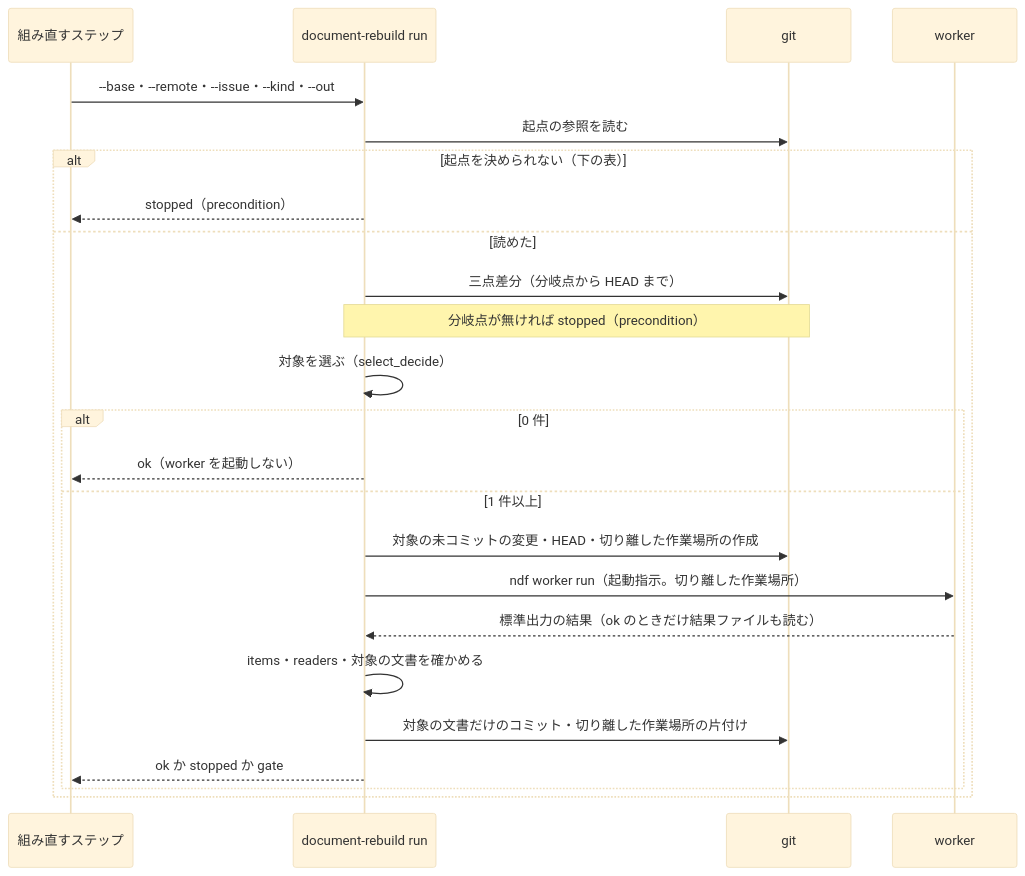
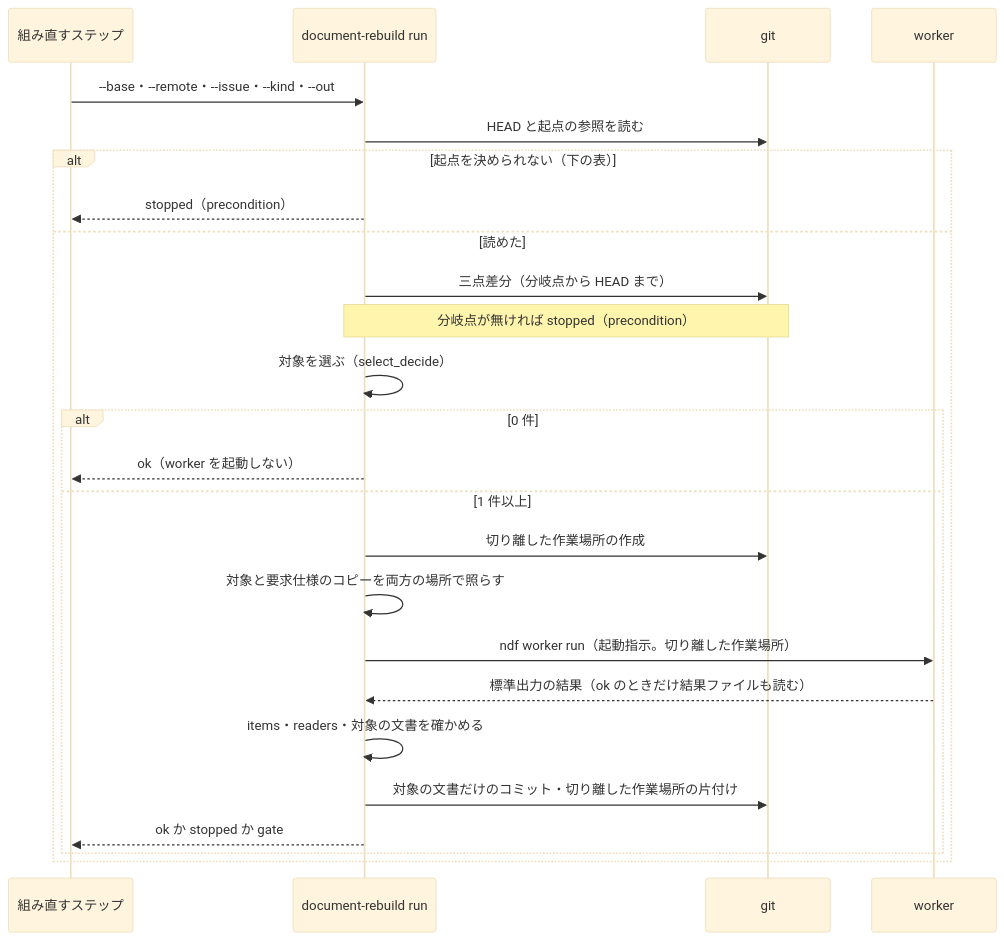
The fourth of 4 diagrams in issues/issue-4337-design.md (devbasex/ai-plugins), drawn with Mermaid (base theme) before and after one commit. The commit also changed other lines of this file, not shown here.

Commit message:
Docs: #4337 の設計で、確かめた HEAD・要求仕様の照合・リンクをたどらない取り込み・自分の worktree だけの片付けを決める （#4337）

````diff
--- a/issues/issue-4337-design.md
+++ b/issues/issue-4337-design.md
@@ -316,26 +330,27 @@
 ```mermaid
 sequenceDiagram
     participant S as 組み直すステップ
     participant R as document-rebuild run
     participant G as git
     participant W as worker
     S->>R: --base・--remote・--issue・--kind・--out
-    R->>G: 起点の参照を読む
+    R->>G: HEAD と起点の参照を読む
     alt 起点を決められない（下の表）
         R-->>S: stopped（precondition）
     else 読めた
         R->>G: 三点差分（分岐点から HEAD まで）
         Note over R,G: 分岐点が無ければ stopped（precondition）
         R->>R: 対象を選ぶ（select_decide）
         alt 0 件
             R-->>S: ok（worker を起動しない）
         else 1 件以上
-            R->>G: 対象の未コミットの変更・HEAD・切り離した作業場所の作成
+            R->>G: 切り離した作業場所の作成
+            R->>R: 対象と要求仕様のコピーを両方の場所で照らす
             R->>W: ndf worker run（起動指示。切り離した作業場所）
             W-->>R: 標準出力の結果（ok のときだけ結果ファイルも読む）
             R->>R: items・readers・対象の文書を確かめる
             R->>G: 対象の文書だけのコミット・切り離した作業場所の片付け
             R-->>S: ok か stopped か gate
         end
     end
 ```
````
